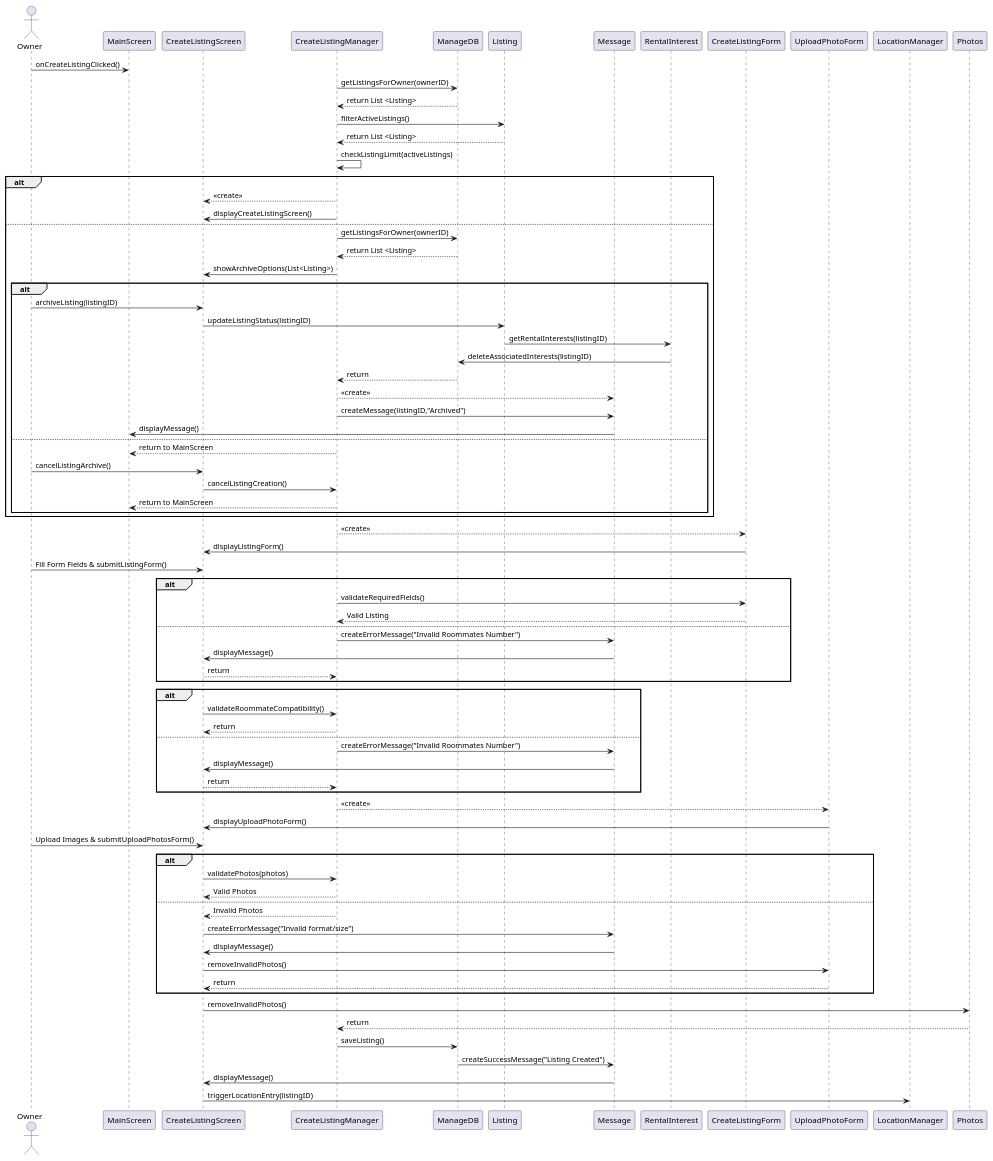
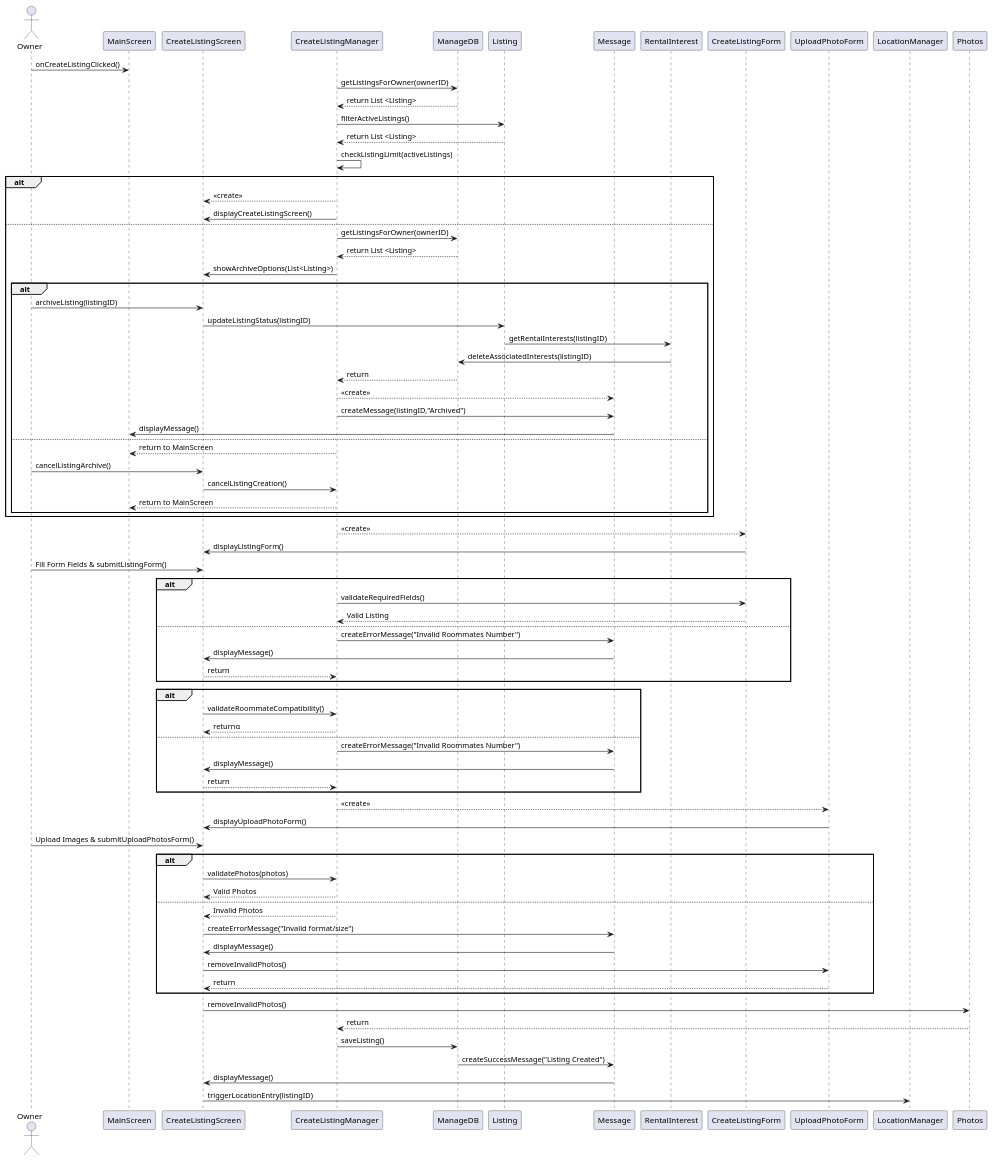
One commit to evelinastavropoulou/HomeLink changed the diagram in Παραδοτέο 4/Code/HomeLink/src/sequence.puml. Above: the diagram before and after it, drawn with PlantUML. The commit also changed 13 other files, not shown here.

```diff
--- a/Παραδοτέο 4/Code/HomeLink/src/sequence.puml
+++ b/Παραδοτέο 4/Code/HomeLink/src/sequence.puml
@@ -1,91 +1,91 @@
 @startuml
 actor "Owner" as Owner
 participant "MainScreen" as MainScreen
 participant "CreateListingScreen" as CreateListingScreen
 participant "CreateListingManager" as CreateListingManager
 participant "ManageDB" as ManageDB
 participant "Listing" as Listing
 participant "Message" as Message
 participant "RentalInterest" as RentalInterest
 participant "CreateListingForm" as CreateListingForm
 participant "UploadPhotoForm" as UploadPhotoForm
 participant "LocationManager" as LocationManager
 participant "Photos" as Photos
 
 
 Owner -> MainScreen : onCreateListingClicked()
 CreateListingManager -> ManageDB : getListingsForOwner(ownerID)
 ManageDB --> CreateListingManager : return List <Listing>
 CreateListingManager -> Listing : filterActiveListings()
 "Listing" --> CreateListingManager : return List <Listing>
 CreateListingManager -> CreateListingManager : checkListingLimit(activeListings)
 
 alt
 CreateListingManager --> CreateListingScreen : <<create>>
 CreateListingManager -> CreateListingScreen : displayCreateListingScreen()
 else
 CreateListingManager -> ManageDB : getListingsForOwner(ownerID)
 ManageDB --> CreateListingManager : return List <Listing>
 CreateListingManager -> CreateListingScreen : showArchiveOptions(List<Listing>)
     alt
     Owner -> CreateListingScreen : archiveListing(listingID)
     CreateListingScreen -> Listing : updateListingStatus(listingID)
     Listing -> RentalInterest : getRentalInterests(listingID)
     RentalInterest -> ManageDB : deleteAssociatedInterests(listingID)
     ManageDB --> CreateListingManager : return
     CreateListingManager --> Message : <<create>>
     CreateListingManager -> Message : createMessage(listingID,"Archived")
     Message -> MainScreen : displayMessage()
     else
     CreateListingManager --> MainScreen : return to MainScreen
     Owner -> CreateListingScreen : cancelListingArchive()
     CreateListingScreen -> CreateListingManager : cancelListingCreation()
     CreateListingManager --> MainScreen : return to MainScreen
     end
 end
 
 
 CreateListingManager --> CreateListingForm : <<create>>
 CreateListingForm -> CreateListingScreen : displayListingForm()
 Owner -> CreateListingScreen : Fill Form Fields & submitListingForm()
 
 alt
 CreateListingManager -> CreateListingForm : validateRequiredFields()
 CreateListingForm --> CreateListingManager : Valid Listing
 else
 CreateListingManager -> Message : createErrorMessage("Invalid Roommates Number")
 Message -> CreateListingScreen : displayMessage()
 CreateListingScreen --> CreateListingManager : return
 end
 
 alt
 CreateListingScreen -> CreateListingManager : validateRoommateCompatibility()
-CreateListingManager --> CreateListingScreen : return
+CreateListingManager --> CreateListingScreen : returnα
 else
 CreateListingManager -> Message : createErrorMessage("Invalid Roommates Number")
 Message -> CreateListingScreen : displayMessage()
 CreateListingScreen --> CreateListingManager : return
 end
 
 CreateListingManager --> UploadPhotoForm : <<create>>
 UploadPhotoForm -> CreateListingScreen : displayUploadPhotoForm()
 Owner -> CreateListingScreen : Upload Images & submitUploadPhotosForm()
 
 alt
 CreateListingScreen -> CreateListingManager : validatePhotos(photos)
 CreateListingManager --> CreateListingScreen : Valid Photos
 else
 CreateListingManager --> CreateListingScreen : Invalid Photos
 CreateListingScreen -> Message : createErrorMessage("Invalid format/size")
 Message -> CreateListingScreen : displayMessage()
 CreateListingScreen -> UploadPhotoForm : removeInvalidPhotos()
 UploadPhotoForm --> CreateListingScreen : return
 end
 
 CreateListingScreen -> Photos : removeInvalidPhotos()
 Photos --> CreateListingManager : return
 CreateListingManager -> ManageDB : saveListing()
 ManageDB -> Message : createSuccessMessage("Listing Created")
 Message -> CreateListingScreen : displayMessage()
 CreateListingScreen -> LocationManager : triggerLocationEntry(listingID)
 @enduml
```
